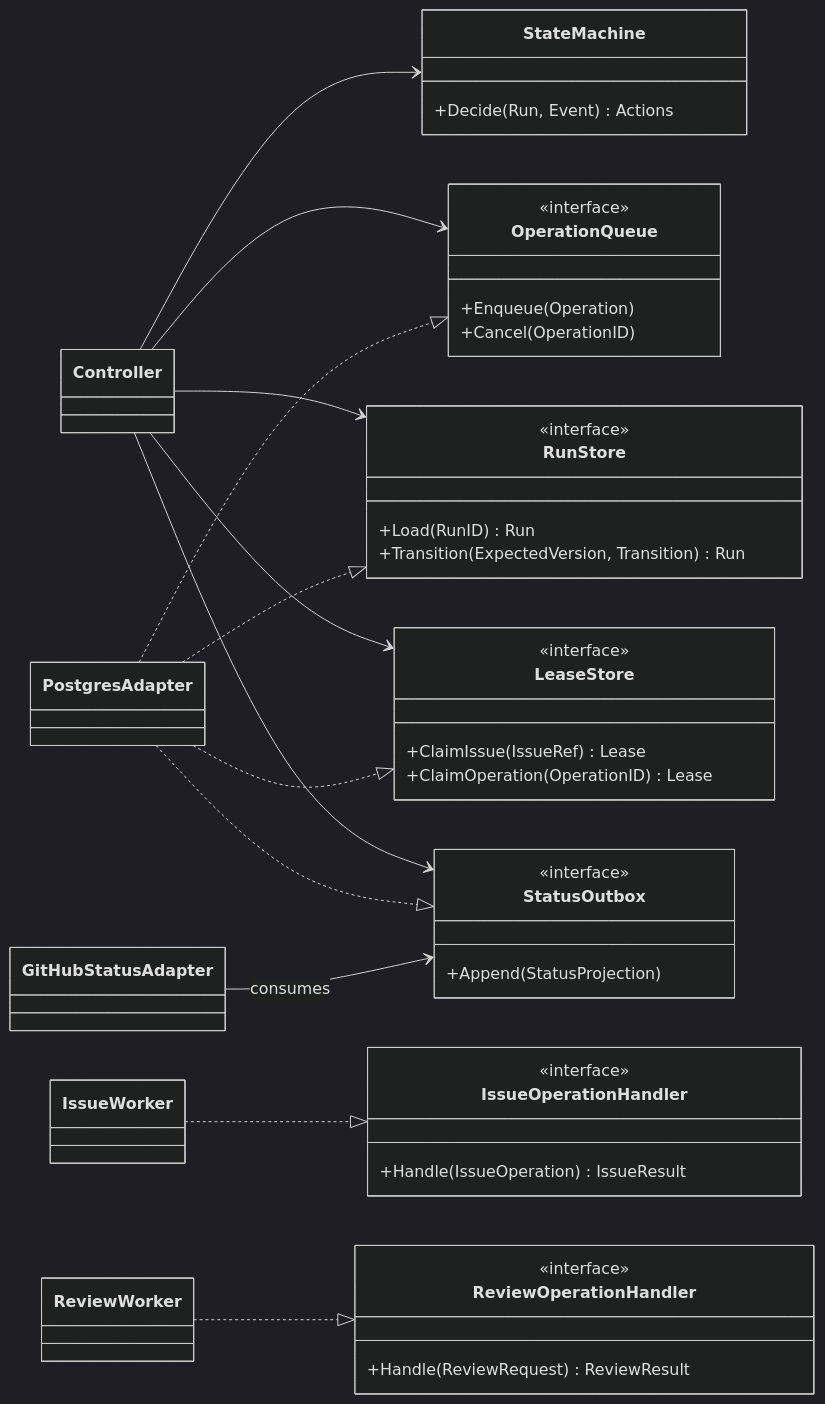
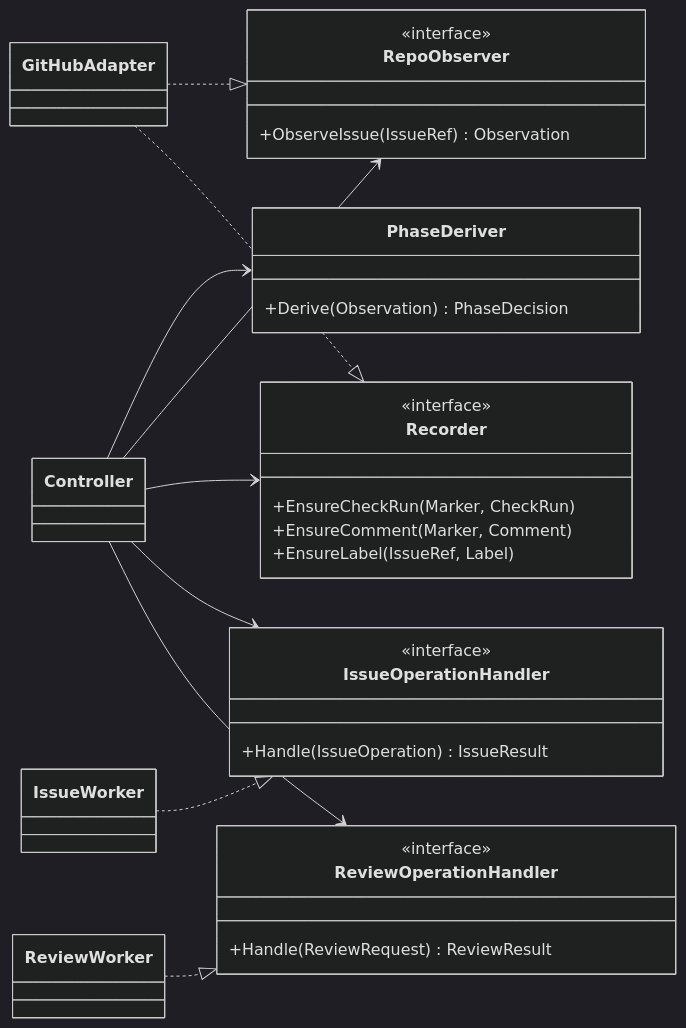
The second of 3 diagrams in docs/spec/05_design/01_architecture.md (mrbaron3/kudo), drawn with Mermaid (dark theme) before and after one commit. The commit also changed other lines of this file and 40 other files, not shown here.

````diff
--- a/docs/spec/05_design/01_architecture.md
+++ b/docs/spec/05_design/01_architecture.md
@@ -201,53 +235,40 @@
 ```mermaid
 classDiagram
 direction LR
 
 class Controller
-class StateMachine {
-    +Decide(Run, Event) Actions
+class PhaseDeriver {
+    +Derive(Observation) PhaseDecision
 }
-class OperationQueue {
+class RepoObserver {
     <<interface>>
-    +Enqueue(Operation)
-    +Cancel(OperationID)
+    +ObserveIssue(IssueRef) Observation
 }
-class RunStore {
+class Recorder {
     <<interface>>
-    +Load(RunID) Run
-    +Transition(ExpectedVersion, Transition) Run
-}
-class LeaseStore {
-    <<interface>>
-    +ClaimIssue(IssueRef) Lease
-    +ClaimOperation(OperationID) Lease
-}
-class StatusOutbox {
-    <<interface>>
-    +Append(StatusProjection)
+    +EnsureCheckRun(Marker, CheckRun)
+    +EnsureComment(Marker, Comment)
+    +EnsureLabel(IssueRef, Label)
 }
 class IssueOperationHandler {
     <<interface>>
     +Handle(IssueOperation) IssueResult
 }
 class ReviewOperationHandler {
     <<interface>>
     +Handle(ReviewRequest) ReviewResult
 }
 class IssueWorker
 class ReviewWorker
-class PostgresAdapter
-class GitHubStatusAdapter
+class GitHubAdapter
 
-Controller --> StateMachine
-Controller --> OperationQueue
-Controller --> RunStore
-Controller --> LeaseStore
-Controller --> StatusOutbox
+Controller --> PhaseDeriver
+Controller --> RepoObserver
+Controller --> Recorder
+Controller --> IssueOperationHandler
+Controller --> ReviewOperationHandler
 IssueWorker ..|> IssueOperationHandler
 ReviewWorker ..|> ReviewOperationHandler
-PostgresAdapter ..|> OperationQueue
-PostgresAdapter ..|> RunStore
-PostgresAdapter ..|> LeaseStore
-PostgresAdapter ..|> StatusOutbox
-GitHubStatusAdapter --> StatusOutbox : consumes
+GitHubAdapter ..|> RepoObserver
+GitHubAdapter ..|> Recorder
 ```
````
